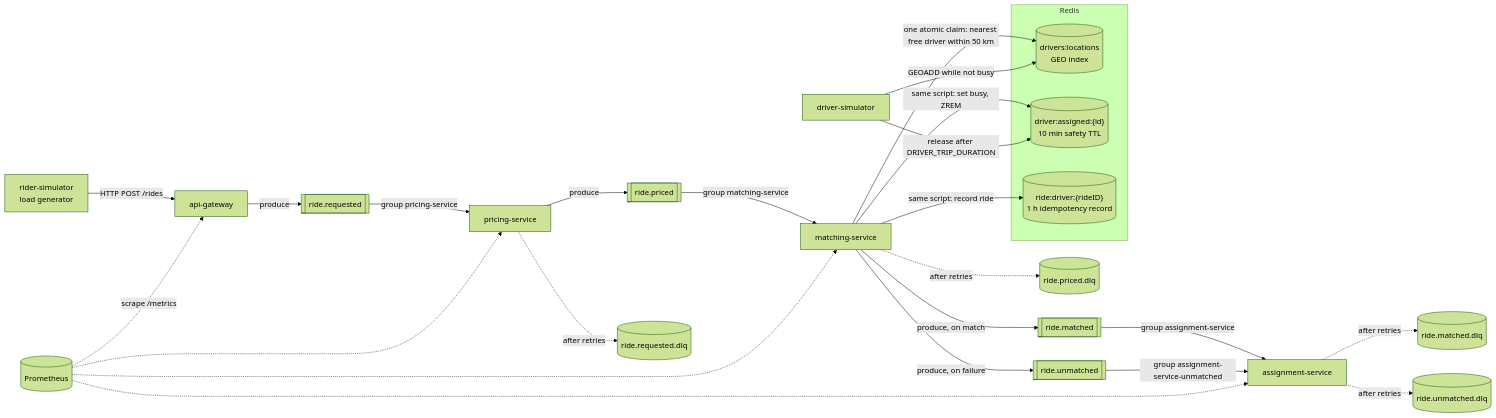
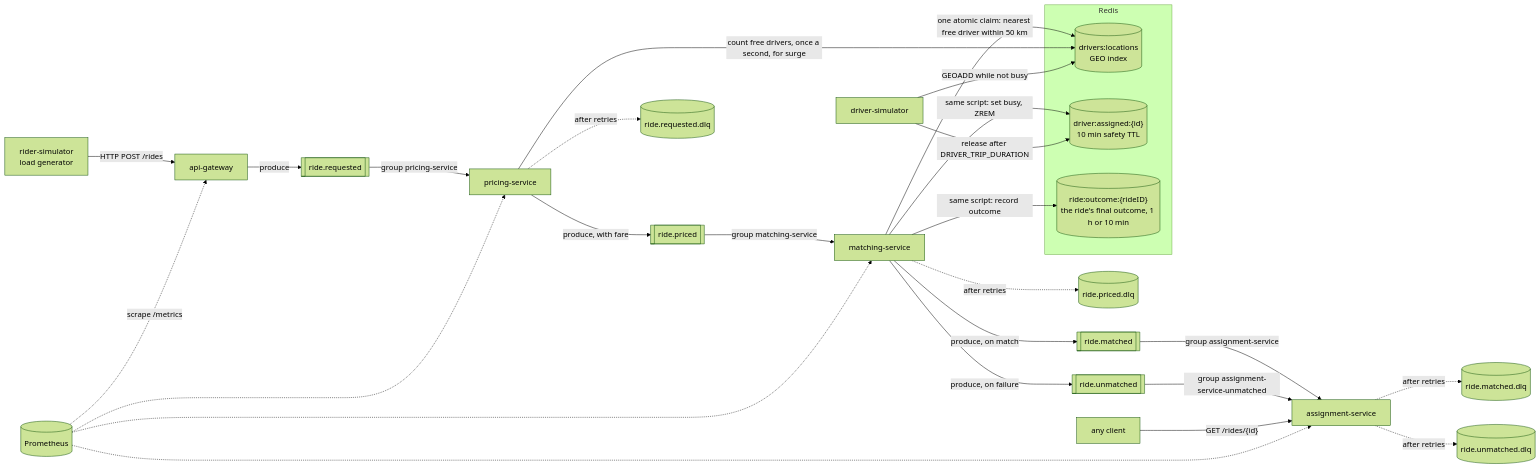
One commit to coderconnoisseur/ridepulse changed the first of 2 diagrams in README.md. Above: the diagram before and after it, drawn with Mermaid (forest theme). The commit also changed other lines of this file and 9 other files, not shown here.

First line of the commit message:
docs: document fares, surge and final outcomes; publish final benchmark

````diff
--- a/README.md
+++ b/README.md
@@ -33,33 +34,36 @@
 ```mermaid
 flowchart LR
     RS["rider-simulator<br/>load generator"] -->|"HTTP POST /rides"| GW["api-gateway"]
     GW -->|"produce"| T1[["ride.requested"]]
     T1 -->|"group pricing-service"| PR["pricing-service"]
-    PR -->|"produce"| T2[["ride.priced"]]
+    PR -->|"produce, with fare"| T2[["ride.priced"]]
     T2 -->|"group matching-service"| MS["matching-service"]
     MS -->|"produce, on match"| T3[["ride.matched"]]
     MS -->|"produce, on failure"| T4[["ride.unmatched"]]
     T3 -->|"group assignment-service"| AS["assignment-service"]
     T4 -->|"group assignment-service-unmatched"| AS
 
     PR -.->|"after retries"| D1[("ride.requested.dlq")]
     MS -.->|"after retries"| D2[("ride.priced.dlq")]
     AS -.->|"after retries"| D3[("ride.matched.dlq")]
     AS -.->|"after retries"| D4[("ride.unmatched.dlq")]
 
     subgraph Redis
         GEO[("drivers:locations<br/>GEO index")]
         BUSY[("driver:assigned:{id}<br/>10 min safety TTL")]
-        RIDE[("ride:driver:{rideID}<br/>1 h idempotency record")]
+        RIDE[("ride:outcome:{rideID}<br/>the ride's final outcome, 1 h or 10 min")]
     end
     MS -->|"one atomic claim: nearest free driver within 50 km"| GEO
     MS -->|"same script: set busy, ZREM"| BUSY
-    MS -->|"same script: record ride"| RIDE
+    MS -->|"same script: record outcome"| RIDE
+    PR -->|"count free drivers, once a second, for surge"| GEO
     DS["driver-simulator"] -->|"GEOADD while not busy"| GEO
     DS -->|"release after DRIVER_TRIP_DURATION"| BUSY
+
+    CLIENT["any client"] -->|"GET /rides/{id}"| AS
 
     PROM[("Prometheus")] -.->|"scrape /metrics"| GW
     PROM -.-> PR
     PROM -.-> MS
     PROM -.-> AS
 ```
````
